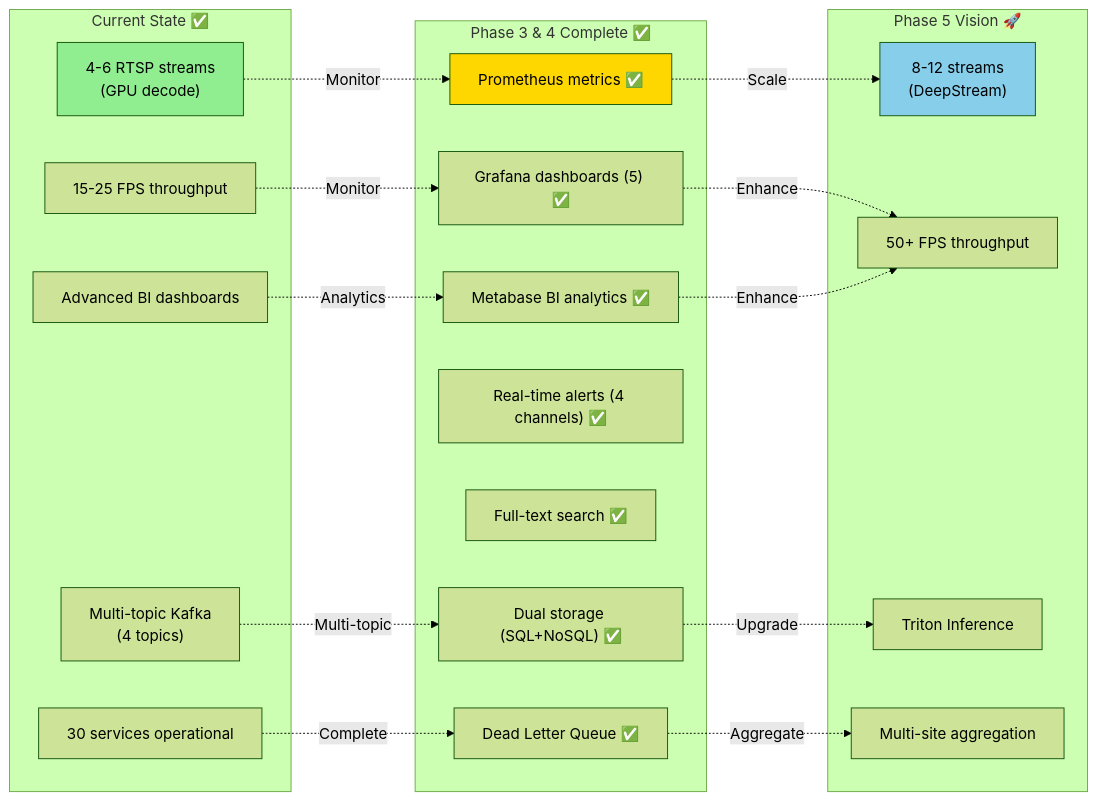
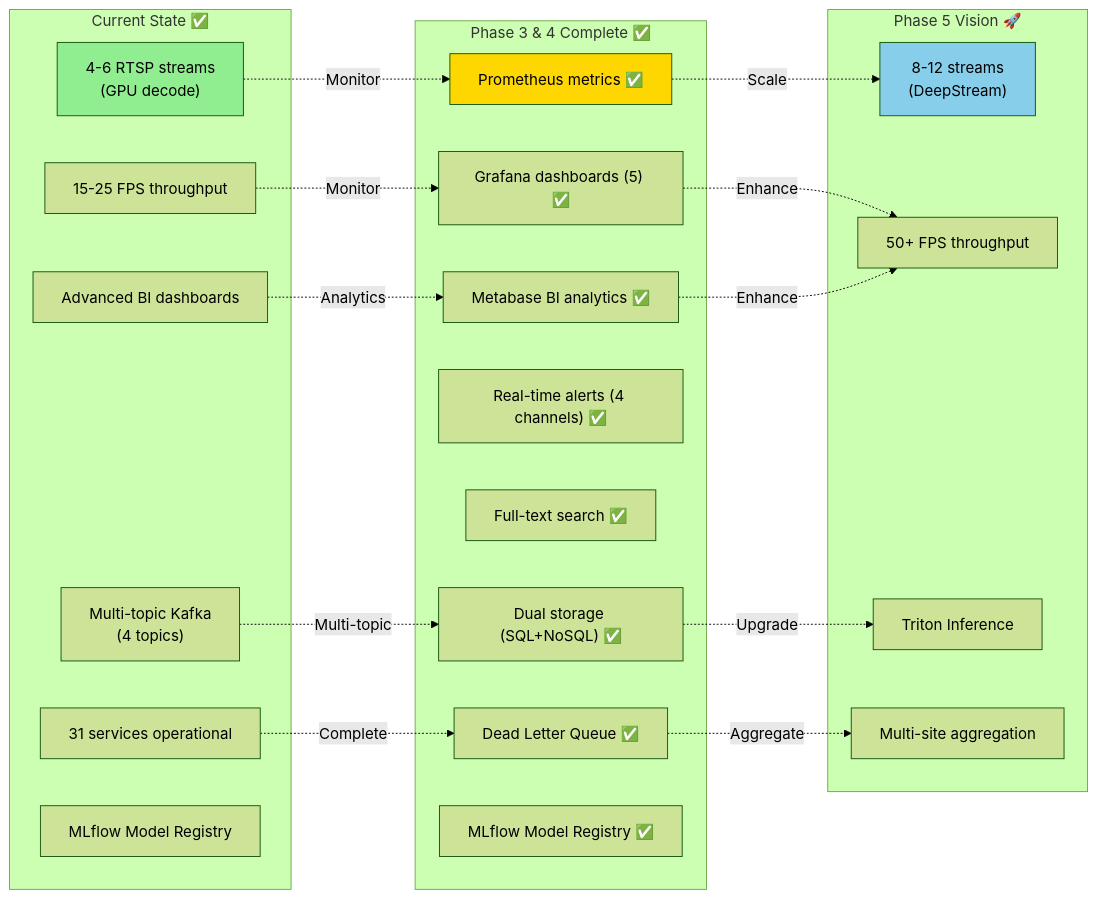
The eighth of 9 diagrams in docs/alpr/project-architecture-chart.md (Azhundev/oversight-alpr-app), drawn with Mermaid (forest theme) before and after one commit. The commit also changed other lines of this file and 5 other files, not shown here.

````diff
--- a/docs/alpr/project-architecture-chart.md
+++ b/docs/alpr/project-architecture-chart.md
@@ -412,43 +430,45 @@
 ```mermaid
 graph LR
     subgraph "Current State ✅"
         C1["4-6 RTSP streams<br/>(GPU decode)"]
         C2["15-25 FPS throughput"]
         C3["Multi-topic Kafka<br/>(4 topics)"]
         C4["Advanced BI dashboards"]
-        C5["30 services operational"]
+        C5["31 services operational"]
+        C6["MLflow Model Registry"]
     end
 
     subgraph "Phase 3 & 4 Complete ✅"
         G1["Prometheus metrics ✅"]
         G2["Grafana dashboards (5) ✅"]
         G3["Metabase BI analytics ✅"]
         G4["Real-time alerts (4 channels) ✅"]
         G5["Full-text search ✅"]
         G6["Dual storage (SQL+NoSQL) ✅"]
         G7["Dead Letter Queue ✅"]
+        G8["MLflow Model Registry ✅"]
     end
 
     subgraph "Phase 5 Vision 🚀"
         V1["8-12 streams<br/>(DeepStream)"]
         V2["50+ FPS throughput"]
         V3["Triton Inference"]
         V4["Multi-site aggregation"]
     end
 
     C1 -.->|"Monitor"| G1
     C2 -.->|"Monitor"| G2
     C3 -.->|"Multi-topic"| G6
     C4 -.->|"Analytics"| G3
     C5 -.->|"Complete"| G7
 
     G1 -.->|"Scale"| V1
     G2 -.->|"Enhance"| V2
     G3 -.->|"Enhance"| V2
     G6 -.->|"Upgrade"| V3
     G7 -.->|"Aggregate"| V4
 
     style C1 fill:#90EE90
     style G1 fill:#FFD700
     style V1 fill:#87CEEB
 ```
````
